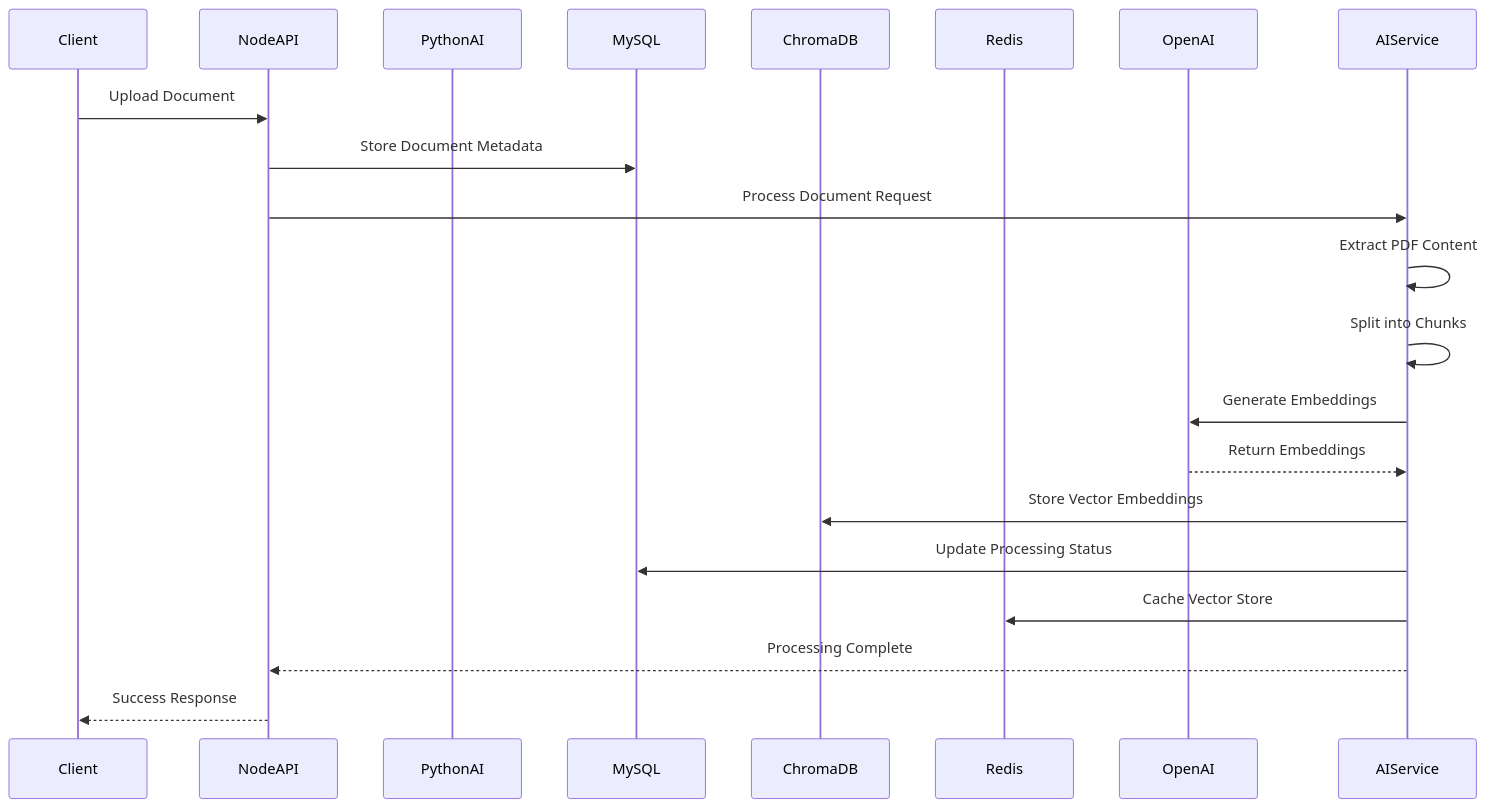
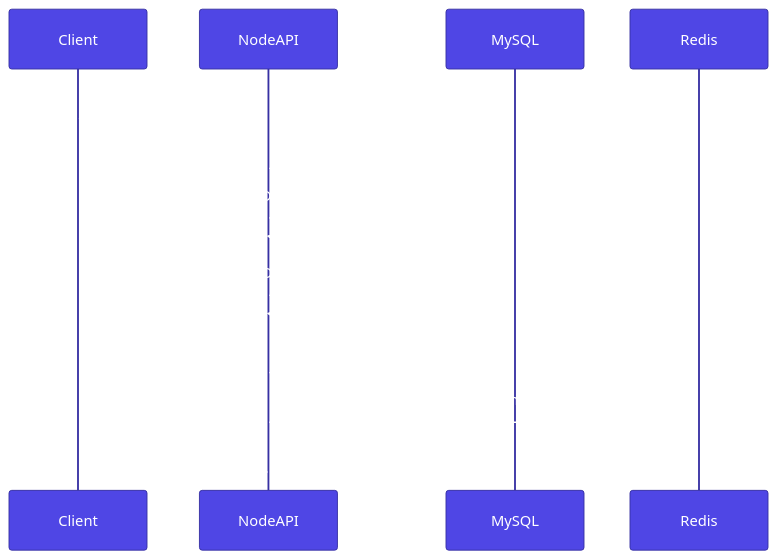
One commit to rohit-879/test changed the fourth of 9 diagrams in readme.md. Above: the diagram before and after it, drawn with Mermaid. The commit also changed other lines of this file, not shown here.

````diff
--- a/readme.md
+++ b/readme.md
@@ -169,23 +171,16 @@
 ```mermaid
+%%{init: {'theme':'base', 'themeVariables': {'primaryColor': '#4f46e5', 'primaryTextColor': '#ffffff', 'primaryBorderColor': '#3730a3', 'lineColor': '#6b7280', 'secondaryColor': '#e5e7eb', 'tertiaryColor': '#f3f4f6'}}}%%
 sequenceDiagram
     participant Client
     participant NodeAPI
-    participant PythonAI
     participant MySQL
-    participant ChromaDB
     participant Redis
-    participant OpenAI
     
     Client->>NodeAPI: Upload Document
     NodeAPI->>MySQL: Store Document Metadata
-    NodeAPI->>AIService: Process Document Request
-    AIService->>AIService: Extract PDF Content
-    AIService->>AIService: Split into Chunks
-    AIService->>OpenAI: Generate Embeddings
-    OpenAI-->>AIService: Return Embeddings
-    AIService->>ChromaDB: Store Vector Embeddings
-    AIService->>MySQL: Update Processing Status
-    AIService->>Redis: Cache Vector Store
-    AIService-->>NodeAPI: Processing Complete
+    NodeAPI->>NodeAPI: Extract PDF Content
+    NodeAPI->>NodeAPI: Process Document
+    NodeAPI->>MySQL: Update Processing Status
+    NodeAPI->>Redis: Cache Document Data
     NodeAPI-->>Client: Success Response
 ```
````
